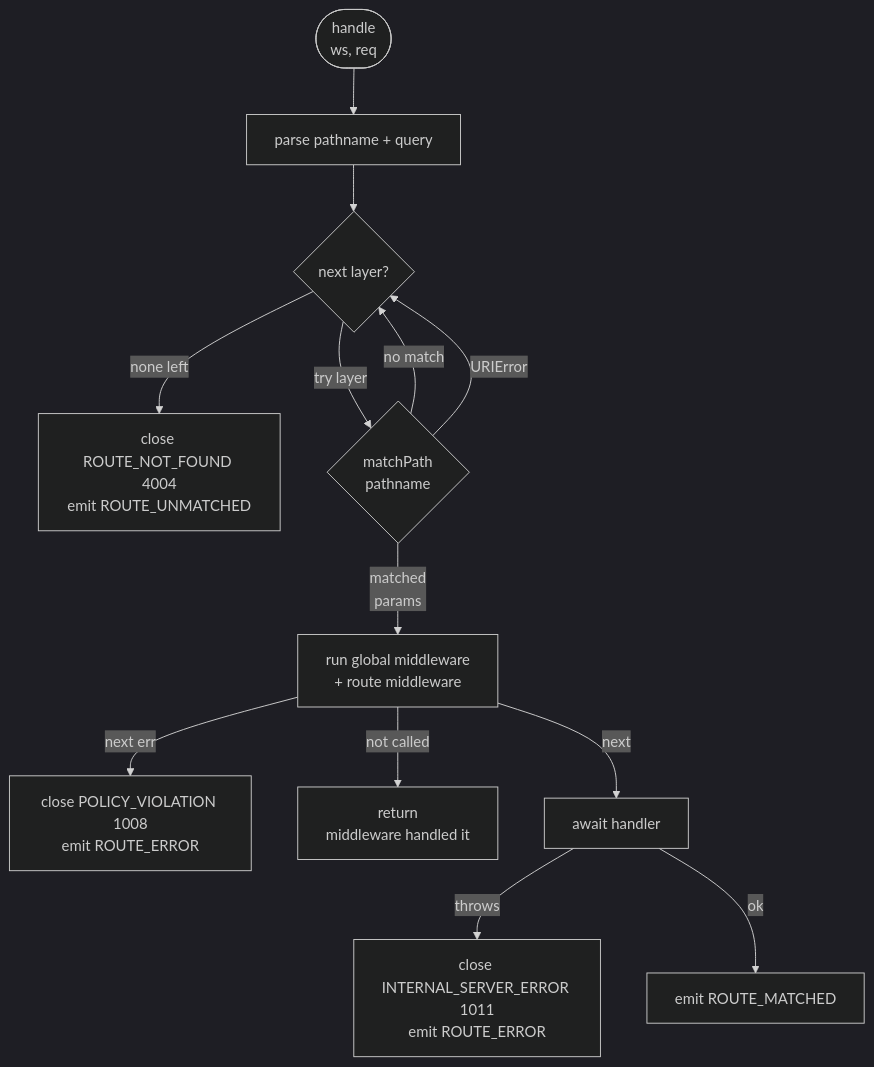
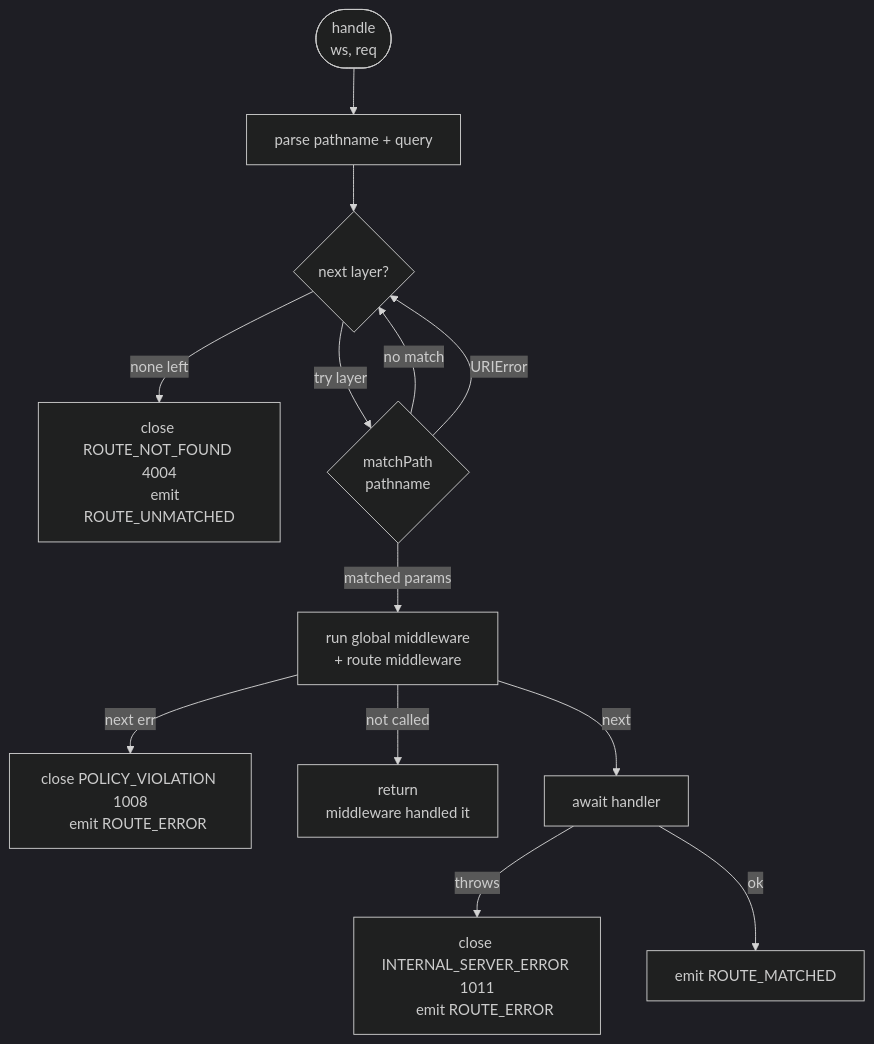
One commit to sektek/synaptik-express changed the fourth of 4 diagrams in docs/web-socket.md. Above: the diagram before and after it, drawn with Mermaid (dark theme). The commit also changed other lines of this file, not shown here.

Commit message:
docs: replace literal \n with real newlines in mermaid diagrams

````diff
--- a/docs/web-socket.md
+++ b/docs/web-socket.md
@@ -132,15 +162,22 @@
 ```mermaid
 flowchart TD
-    START([handle\nws, req]) --> PARSE[parse pathname + query]
+    START([handle
+    ws, req]) --> PARSE[parse pathname + query]
     PARSE --> LOOP{next layer?}
-    LOOP -- none left --> CLOSE_404[close ROUTE_NOT_FOUND 4004\nemit ROUTE_UNMATCHED]
-    LOOP -- try layer --> MATCH{matchPath\npathname}
+    LOOP -- none left --> CLOSE_404[close ROUTE_NOT_FOUND 4004
+    emit ROUTE_UNMATCHED]
+    LOOP -- try layer --> MATCH{matchPath
+    pathname}
     MATCH -- no match --> LOOP
     MATCH -- URIError --> LOOP
-    MATCH -- matched\nparams --> MW[run global middleware\n+ route middleware]
-    MW -- next err --> CLOSE_1008[close POLICY_VIOLATION 1008\nemit ROUTE_ERROR]
-    MW -- not called --> TERM[return\nmiddleware handled it]
+    MATCH -- matched params --> MW[run global middleware
+    + route middleware]
+    MW -- next err --> CLOSE_1008[close POLICY_VIOLATION 1008
+    emit ROUTE_ERROR]
+    MW -- not called --> TERM[return
+    middleware handled it]
     MW -- next --> HANDLER[await handler]
-    HANDLER -- throws --> CLOSE_1011[close INTERNAL_SERVER_ERROR 1011\nemit ROUTE_ERROR]
+    HANDLER -- throws --> CLOSE_1011[close INTERNAL_SERVER_ERROR 1011
+    emit ROUTE_ERROR]
     HANDLER -- ok --> DONE[emit ROUTE_MATCHED]
 ```
````
